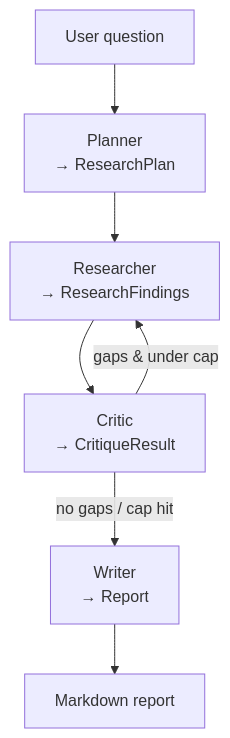
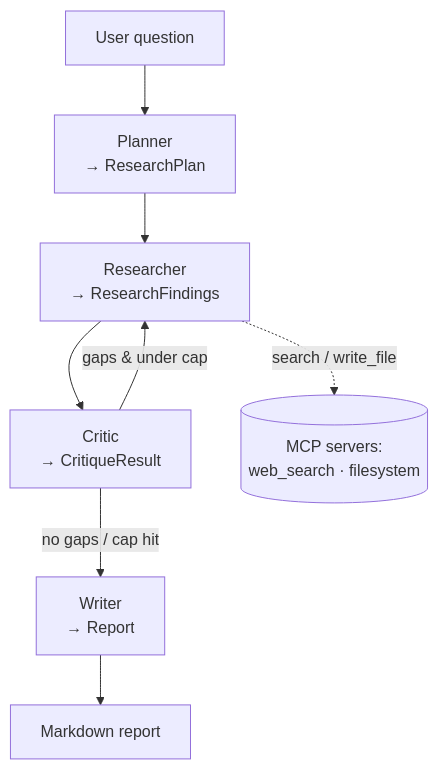
One commit to Venkata1345/Multi-Agent-researcher changed the diagram in README.md. Above: the diagram before and after it, drawn with Mermaid. The commit also changed other lines of this file and 3 other files, not shown here.

Commit message:
docs: expand architecture, observability, and evals for Phase 4

````diff
--- a/README.md
+++ b/README.md
@@ -9,9 +17,10 @@
 ```mermaid
 flowchart TD
     U[User question] --> P[Planner<br/>→ ResearchPlan]
     P --> R[Researcher<br/>→ ResearchFindings]
     R --> C[Critic<br/>→ CritiqueResult]
     C -->|gaps & under cap| R
     C -->|no gaps / cap hit| W[Writer<br/>→ Report]
     W --> O[Markdown report]
+    R -.search / write_file.-> M[(MCP servers:<br/>web_search · filesystem)]
 ```
````
